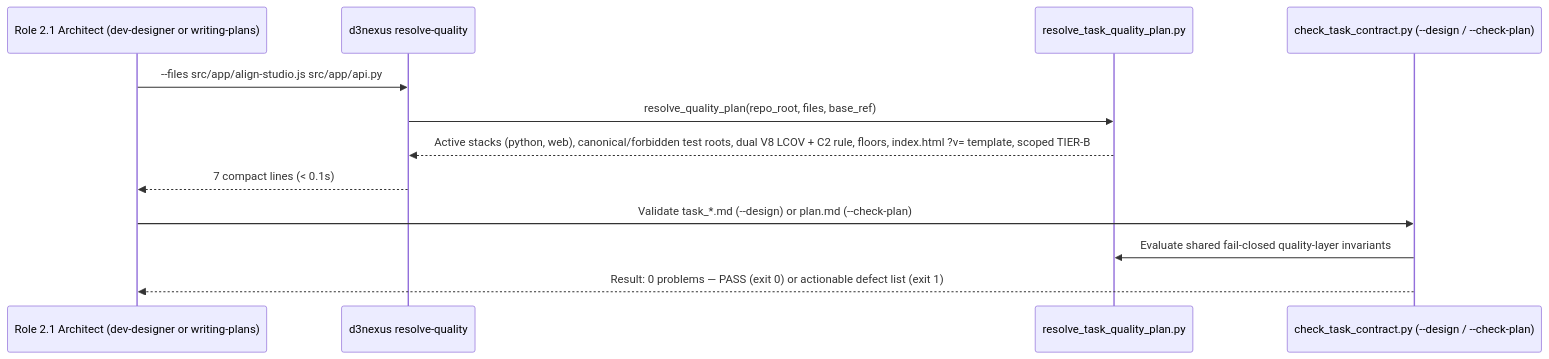
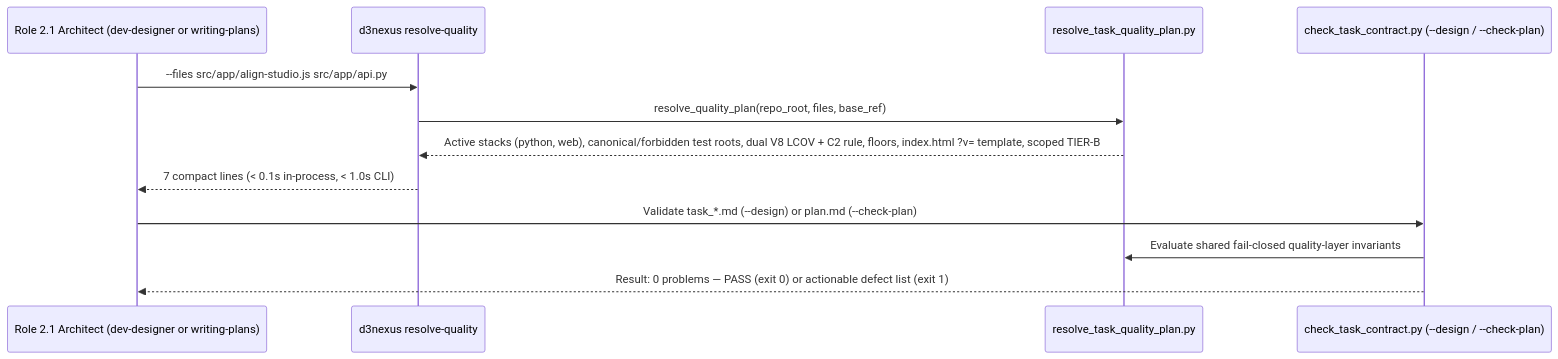
One commit to DanhDue/ai-agent-tools changed the second of 2 diagrams in .devtool/epic/shift_left_quality_resolver/shift_left_quality_resolver.md. Above: the diagram before and after it, drawn with Mermaid. The commit also changed other lines of this file and 12 other files, not shown here.

````diff
--- a/.devtool/epic/shift_left_quality_resolver/shift_left_quality_resolver.md
+++ b/.devtool/epic/shift_left_quality_resolver/shift_left_quality_resolver.md
@@ -78,15 +78,15 @@
 ```mermaid
 sequenceDiagram
     participant Author as Role 2.1 Architect (dev-designer or writing-plans)
     participant CLI as d3nexus resolve-quality
     participant Engine as resolve_task_quality_plan.py
     participant Gate as check_task_contract.py (--design / --check-plan)
 
     Author->>CLI: --files src/app/align-studio.js src/app/api.py
     CLI->>Engine: resolve_quality_plan(repo_root, files, base_ref)
     Engine-->>CLI: Active stacks (python, web), canonical/forbidden test roots, dual V8 LCOV + C2 rule, floors, index.html ?v= template, scoped TIER-B
-    CLI-->>Author: 7 compact lines (< 0.1s)
+    CLI-->>Author: 7 compact lines (< 0.1s in-process, < 1.0s CLI)
     Author->>Gate: Validate task_*.md (--design) or plan.md (--check-plan)
     Gate->>Engine: Evaluate shared fail-closed quality-layer invariants
     Gate-->>Author: Result: 0 problems — PASS (exit 0) or actionable defect list (exit 1)
 ```
````
